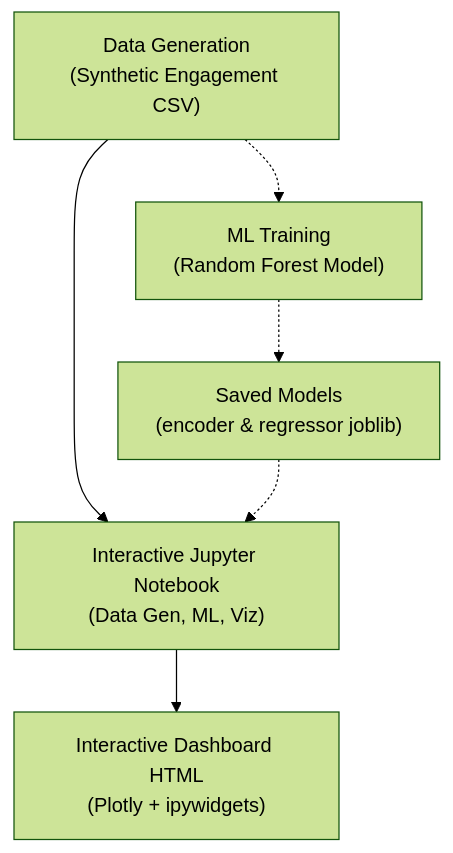
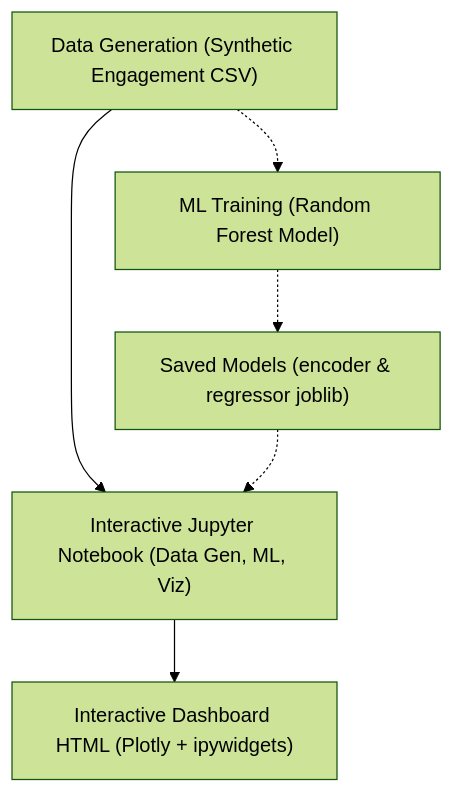
One commit to CalistaJajalla/ph-social-posting-times changed the diagram in README.md. Above: the diagram before and after it, drawn with Mermaid (forest theme). The commit also changed other lines of this file, not shown here.

````diff
--- a/README.md
+++ b/README.md
@@ -36,15 +36,15 @@
 ```mermaid
 flowchart TD
-    data_gen["Data Generation\n(Synthetic Engagement CSV)"]
-    ml_train["ML Training\n(Random Forest Model)"]
-    saved_models["Saved Models\n(encoder & regressor joblib)"]
-    notebook["Interactive Jupyter Notebook\n(Data Gen, ML, Viz)"]
-    dashboard["Interactive Dashboard HTML\n(Plotly + ipywidgets)"]
+    data_gen["Data Generation (Synthetic Engagement CSV)"]
+    ml_train["ML Training (Random Forest Model)"]
+    saved_models["Saved Models (encoder & regressor joblib)"]
+    notebook["Interactive Jupyter Notebook (Data Gen, ML, Viz)"]
+    dashboard["Interactive Dashboard HTML (Plotly + ipywidgets)"]
 
     data_gen --> notebook
     notebook --> dashboard
 
     data_gen -.-> ml_train
     ml_train -.-> saved_models
     saved_models -.-> notebook
 ```
````
